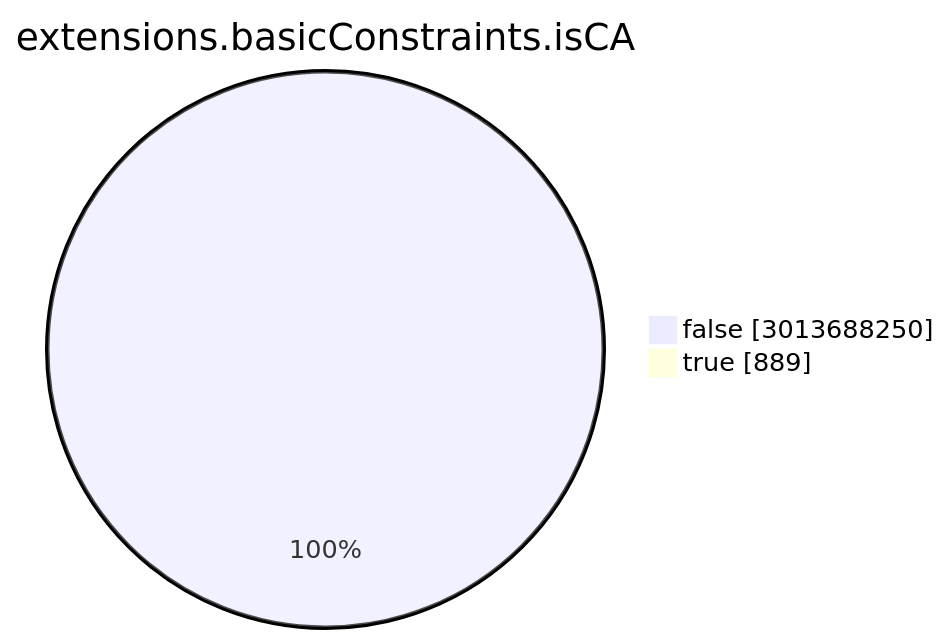
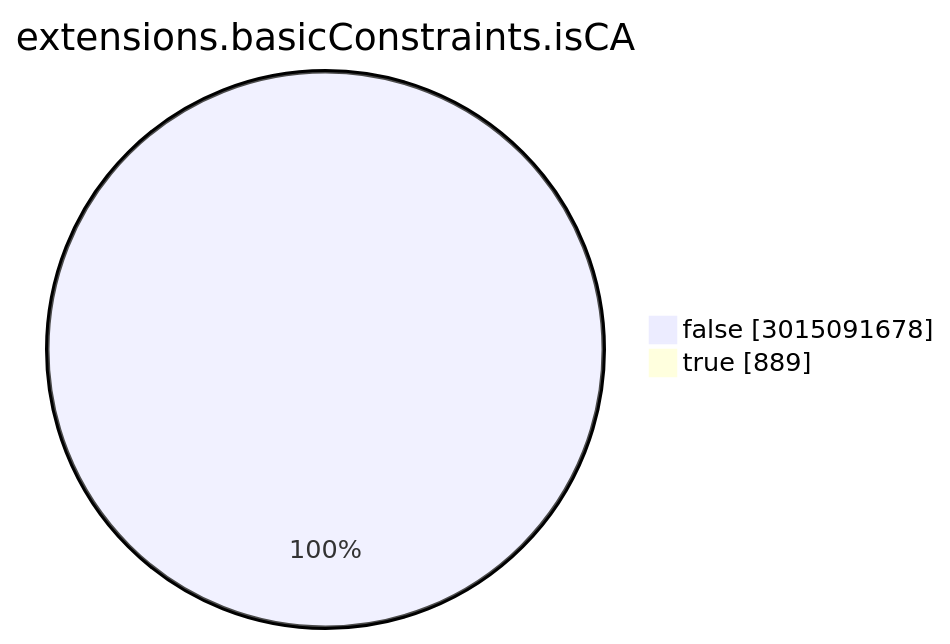
Before and after one commit to christiankrug/ctmonitor_visualization: the seventh of 15 diagrams in TOTAL/README.md, drawn with Mermaid. The commit also changed other lines of this file, not shown here.

````diff
--- a/TOTAL/README.md
+++ b/TOTAL/README.md
@@ -3082,6 +3082,6 @@
 ```mermaid
 pie showData
 title extensions.basicConstraints.isCA
-"false" :3013688250
+"false" :3015091678
 "true" :889
 ```
````
